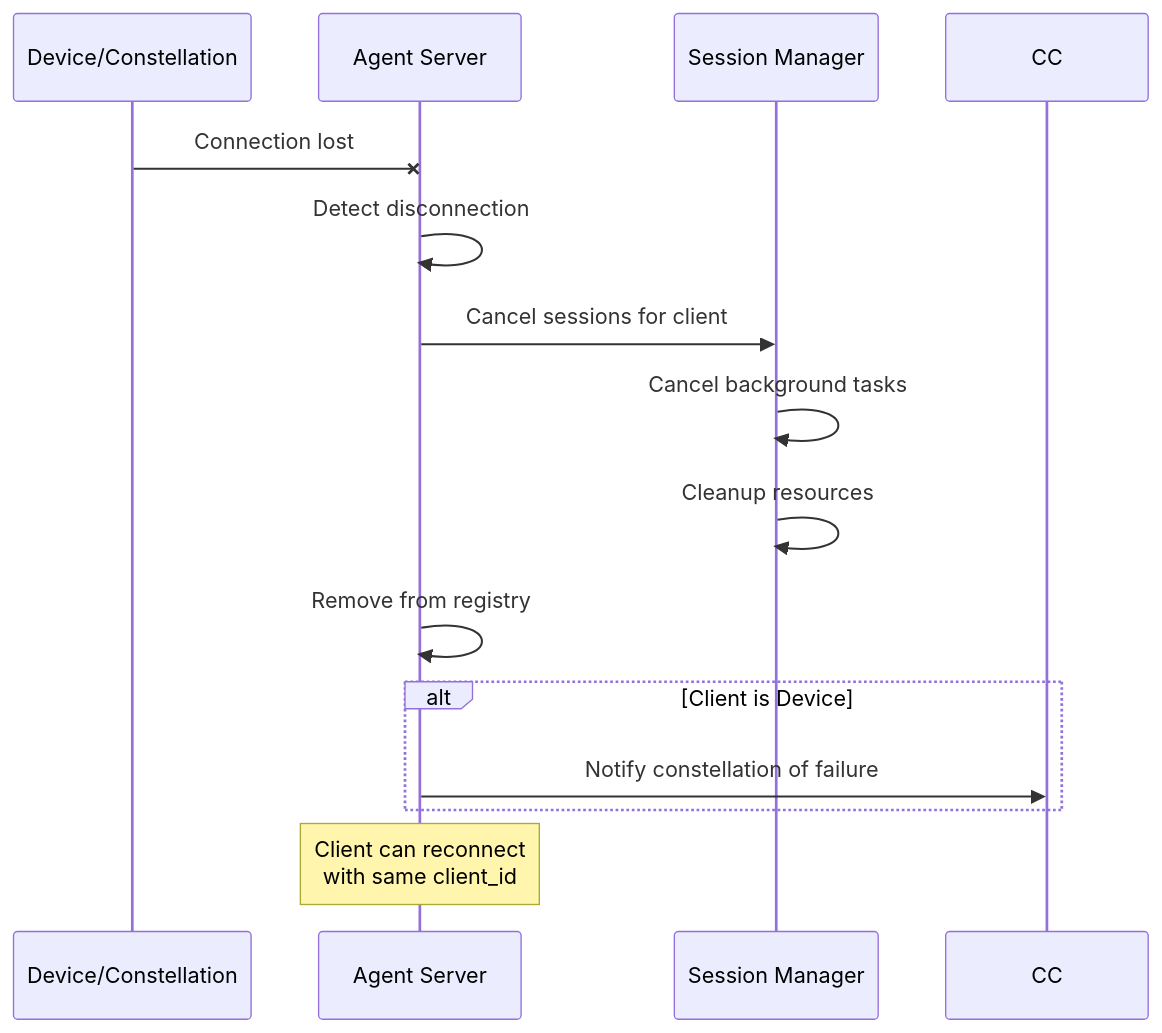
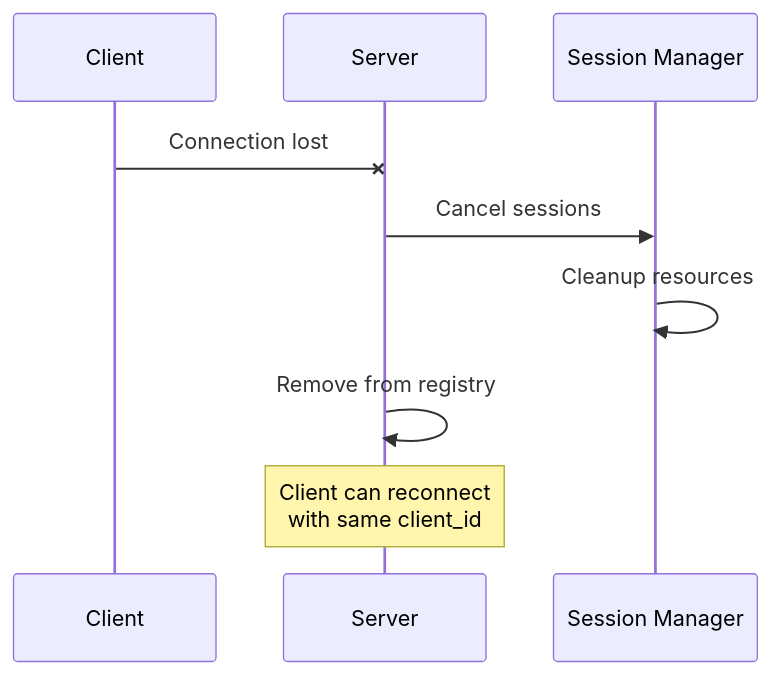
One commit to microsoft/UFO changed the third of 6 diagrams in documents/docs/server/overview.md. Above: the diagram before and after it, drawn with Mermaid. The commit also changed other lines of this file and 27 other files, not shown here.

````diff
--- a/documents/docs/server/overview.md
+++ b/documents/docs/server/overview.md
@@ -215,19 +199,13 @@
 ```mermaid
 sequenceDiagram
-    participant Client as Device/Constellation
-    participant Server as Agent Server
+    participant Client
+    participant Server
     participant SM as Session Manager
     
     Client-xServer: Connection lost
-    Server->>Server: Detect disconnection
-    Server->>SM: Cancel sessions for client
-    SM->>SM: Cancel background tasks
+    Server->>SM: Cancel sessions
     SM->>SM: Cleanup resources
     Server->>Server: Remove from registry
     
-    alt Client is Device
-        Server->>CC: Notify constellation of failure
-    end
-    
     Note over Server: Client can reconnect<br/>with same client_id
 ```
````
